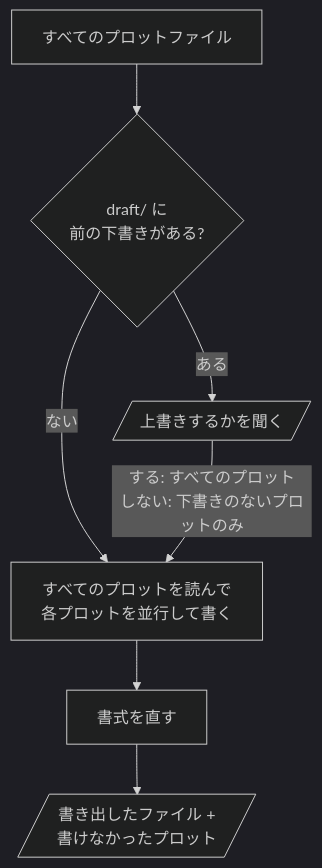
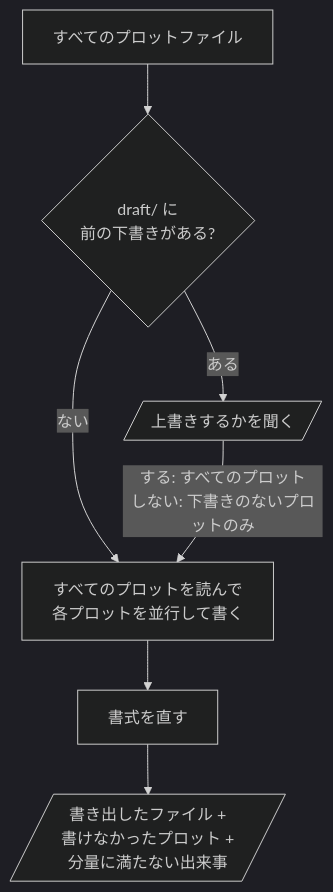
One commit to omni-stove/skill-kit changed the diagram in domains/story/skills/draft-all/README.ja.md. Above: the diagram before and after it, drawn with Mermaid (dark theme). The commit also changed other lines of this file and 16 other files, not shown here.

````diff
--- a/domains/story/skills/draft-all/README.ja.md
+++ b/domains/story/skills/draft-all/README.ja.md
@@ -7,9 +7,9 @@
 ```mermaid
 flowchart TD
   input[すべてのプロットファイル] --> exists{draft/ に<br/>前の下書きがある?}
   exists -- "ある" --> ask[/上書きするかを聞く/]
   exists -- "ない" --> write
   ask -- "する: すべてのプロット<br/>しない: 下書きのないプロットのみ" --> write[すべてのプロットを読んで<br/>各プロットを並行して書く]
   write --> format[書式を直す]
-  format --> done[/"書き出したファイル +<br/>書けなかったプロット"/]
+  format --> done[/"書き出したファイル +<br/>書けなかったプロット +<br/>分量に満たない出来事"/]
 ```
````
